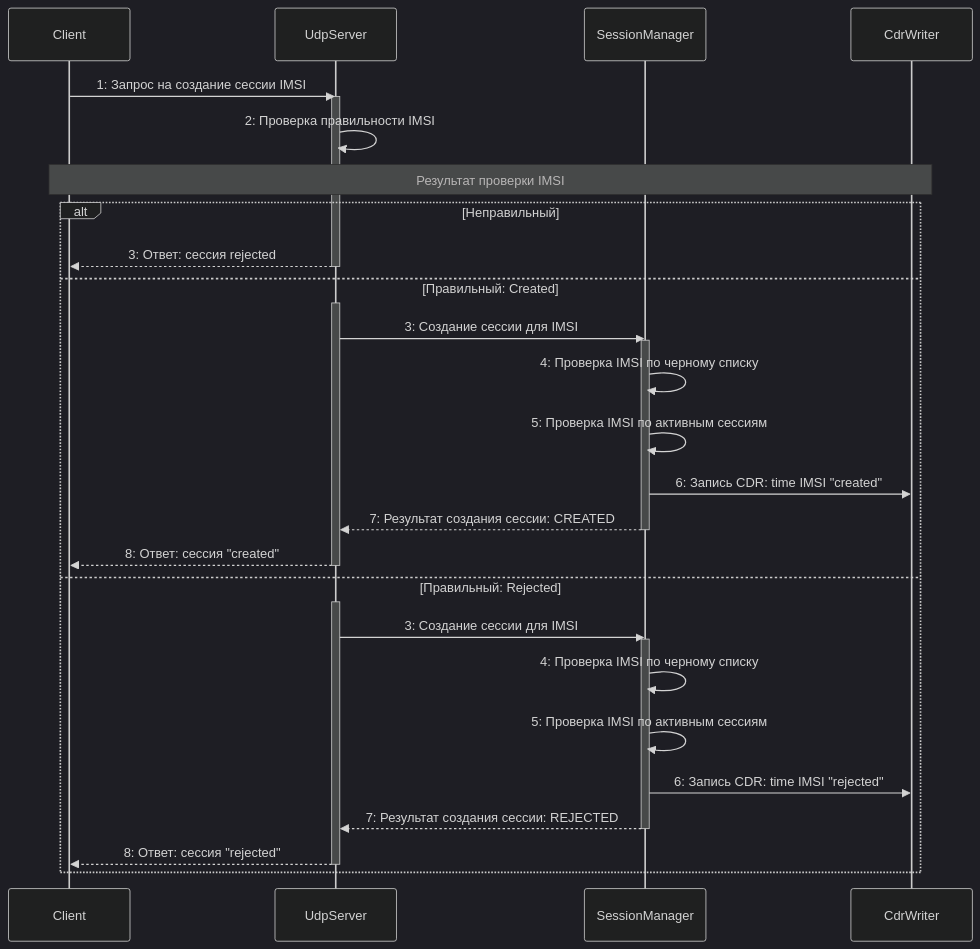
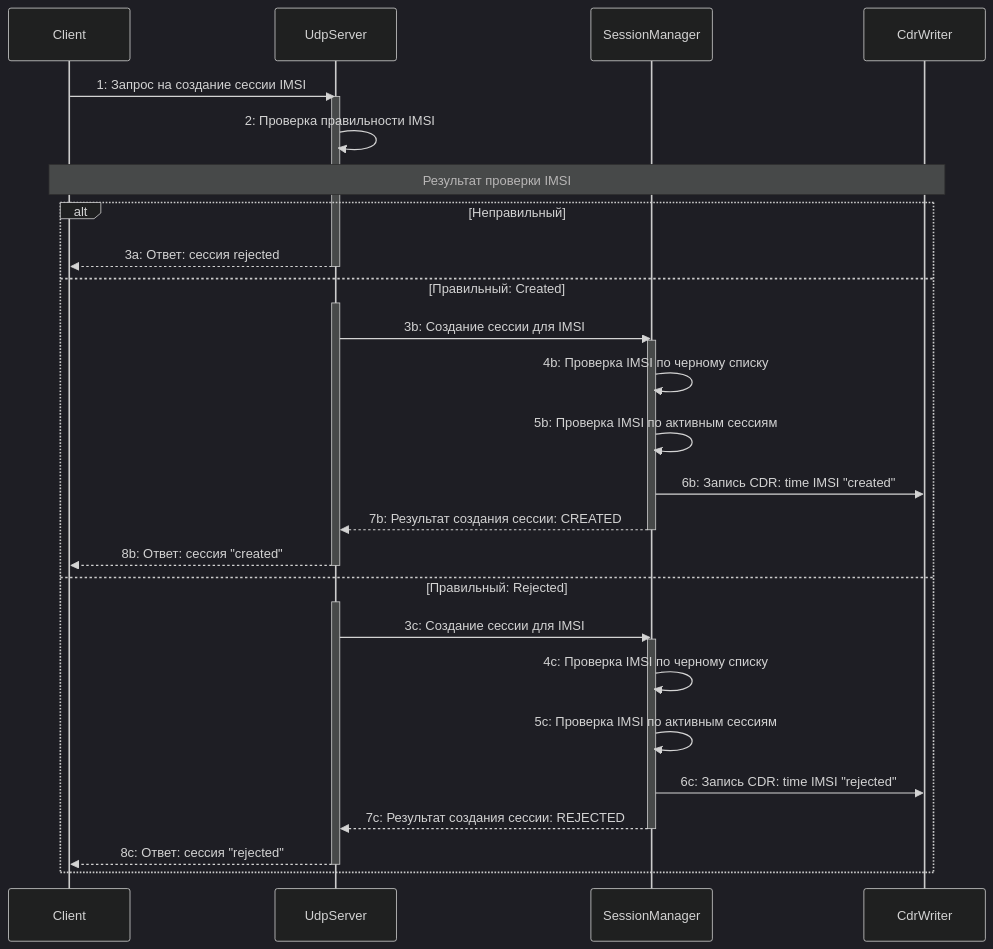
The first of 3 diagrams in README.md (suaviludius/pgw-project), drawn with Mermaid (dark theme) before and after one commit. The commit also changed other lines of this file and 118 other files, not shown here.

````diff
--- a/README.md
+++ b/README.md
@@ -153,39 +155,39 @@
 ```mermaid
 sequenceDiagram
     participant C as Client
     participant US as UdpServer
     participant SM as SessionManager
     participant CW as CdrWriter
 
     C->>US: 1: Запрос на создание сессии IMSI
     activate US
     US->>US: 2: Проверка правильности IMSI
 
     Note over C,CW: Результат проверки IMSI
     alt Неправильный
-        US-->>C: 3: Ответ: cессия rejected
+        US-->>C: 3a: Ответ: cессия rejected
         deactivate US
     else Правильный: Created
         activate US
-        US->>SM: 3: Создание сессии для IMSI
+        US->>SM: 3b: Создание сессии для IMSI
         activate SM
-        SM->>SM: 4: Проверка IMSI по черному списку
-        SM->>SM: 5: Проверка IMSI по активным сессиям
-        SM->>CW: 6: Запись CDR: time IMSI "created"
-        SM-->>US: 7: Результат создания сессии: CREATED
+        SM->>SM: 4b: Проверка IMSI по черному списку
+        SM->>SM: 5b: Проверка IMSI по активным сессиям
+        SM->>CW: 6b: Запись CDR: time IMSI "created"
+        SM-->>US: 7b: Результат создания сессии: CREATED
         deactivate SM
-        US-->>C: 8: Ответ: cессия "created"
+        US-->>C: 8b: Ответ: cессия "created"
         deactivate US
     else Правильный: Rejected
         activate US
-        US->>SM: 3: Создание сессии для IMSI
+        US->>SM: 3c: Создание сессии для IMSI
         activate SM
-        SM->>SM: 4: Проверка IMSI по черному списку
-        SM->>SM: 5: Проверка IMSI по активным сессиям
-        SM->>CW: 6: Запись CDR: time IMSI "rejected"
-        SM-->>US: 7: Результат создания сессии: REJECTED
+        SM->>SM: 4c: Проверка IMSI по черному списку
+        SM->>SM: 5c: Проверка IMSI по активным сессиям
+        SM->>CW: 6c: Запись CDR: time IMSI "rejected"
+        SM-->>US: 7c: Результат создания сессии: REJECTED
         deactivate SM
-        US-->>C: 8: Ответ: cессия "rejected"
+        US-->>C: 8c: Ответ: cессия "rejected"
         deactivate US
     end
 ```
````
